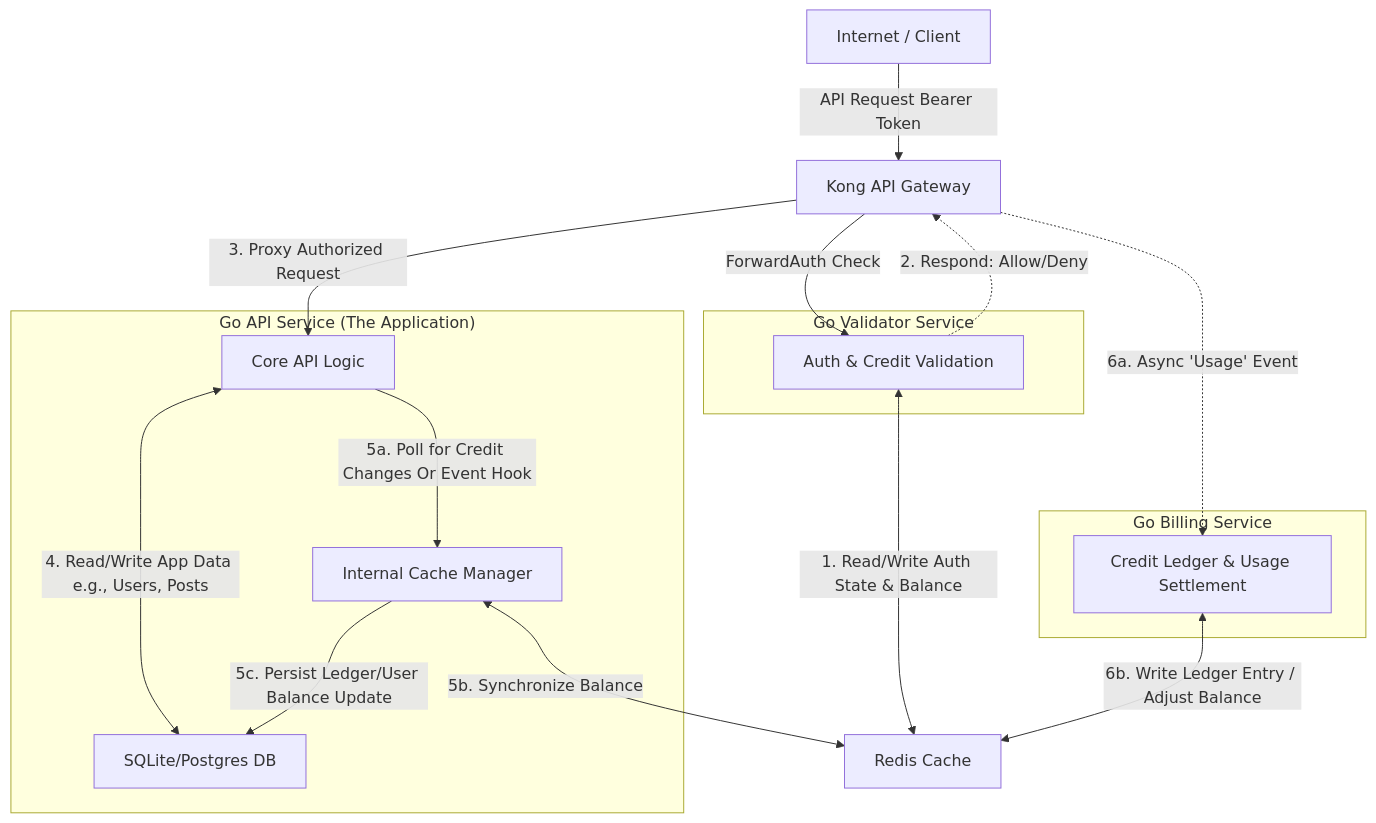
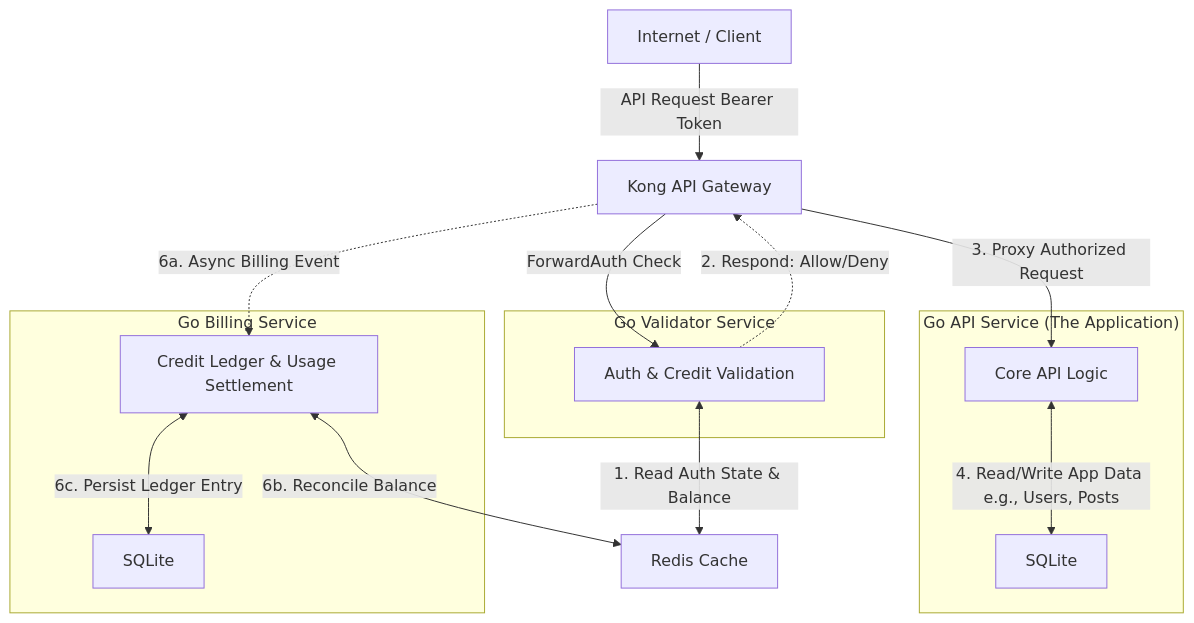
One commit to m-spangenberg/demo-monetized-api changed the second of 2 diagrams in README.md. Above: the diagram before and after it, drawn with Mermaid. The commit also changed other lines of this file and 1 other file, not shown here.

Commit message:
chore: update plan

````diff
--- a/README.md
+++ b/README.md
@@ -59,35 +58,32 @@
 ```mermaid
 graph TD
     User[Internet / Client]
     Kong[Kong API Gateway]
     Redis[Redis Cache]
     
     subgraph "Go API Service (The Application)"
         APILogic[Core API Logic]
-        MainDB[SQLite/Postgres DB]
-        CacheManager[Internal Cache Manager]
+        APIDB[SQLite]
     end
 
     subgraph "Go Validator Service"
         AuthLogic[Auth & Credit Validation]
     end
 
     subgraph "Go Billing Service"
         BillingLogic[Credit Ledger & Usage Settlement]
+        BillingDB[SQLite]
     end
 
     User -->|API Request Bearer Token | Kong
     Kong -->|ForwardAuth Check| AuthLogic
-    AuthLogic <-->|1. Read/Write Auth State & Balance| Redis
+    AuthLogic <-->|1. Read Auth State & Balance| Redis
     AuthLogic -.->|2. Respond: Allow/Deny| Kong
 
     Kong -->|3. Proxy Authorized Request| APILogic
-    APILogic <-->|4. Read/Write App Data e.g., Users, Posts| MainDB
-    
-    APILogic -->|5a. Poll for Credit Changes Or Event Hook| CacheManager
-    CacheManager <-->|5b. Synchronize Balance| Redis
-    CacheManager -->|5c. Persist Ledger/User Balance Update| MainDB
+    APILogic <-->|4. Read/Write App Data e.g., Users, Posts| APIDB
 
-    Kong -.->|6a. Async 'Usage' Event| BillingLogic
-    BillingLogic <-->|6b. Write Ledger Entry / Adjust Balance| Redis
+    Kong -.->|6a. Async Billing Event| BillingLogic
+    BillingLogic <-->|6b. Reconcile Balance| Redis
+    BillingLogic <-->|6c. Persist Ledger Entry| BillingDB
 ```
````
